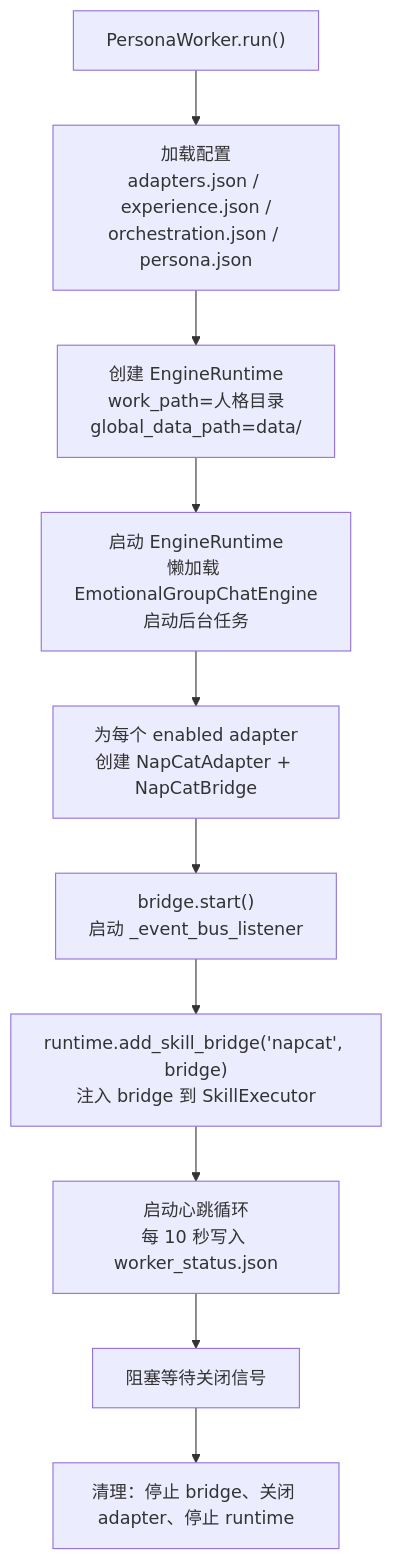
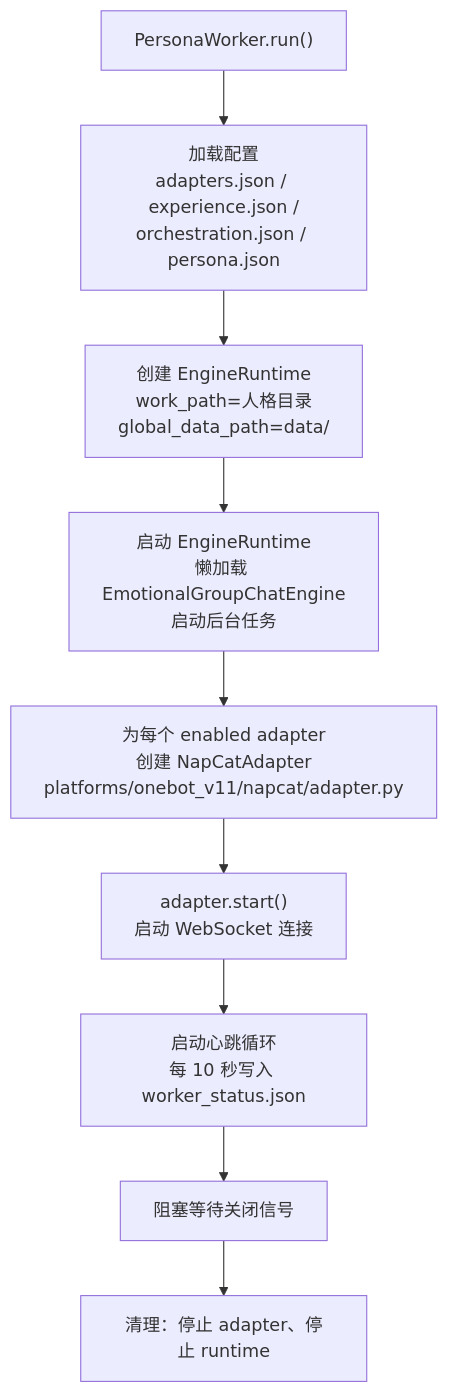
The third of 11 diagrams in docs/full-architecture-flow.md (Sparrived/SiriusPulse), drawn with Mermaid before and after one commit. The commit also changed other lines of this file and 20 other files, not shown here.

````diff
--- a/docs/full-architecture-flow.md
+++ b/docs/full-architecture-flow.md
@@ -120,12 +118,11 @@
 ```mermaid
 flowchart TD
     A["PersonaWorker.run()"] --> B["加载配置<br/>adapters.json / experience.json /<br/>orchestration.json / persona.json"]
     B --> C["创建 EngineRuntime<br/>work_path=人格目录<br/>global_data_path=data/"]
     C --> D["启动 EngineRuntime<br/>懒加载 EmotionalGroupChatEngine<br/>启动后台任务"]
-    D --> E["为每个 enabled adapter<br/>创建 NapCatAdapter + NapCatBridge"]
-    E --> F["bridge.start()<br/>启动 _event_bus_listener"]
-    F --> G["runtime.add_skill_bridge('napcat', bridge)<br/>注入 bridge 到 SkillExecutor"]
-    G --> H["启动心跳循环<br/>每 10 秒写入 worker_status.json"]
-    H --> I["阻塞等待关闭信号"]
-    I --> J["清理：停止 bridge、关闭 adapter、停止 runtime"]
+    D --> E["为每个 enabled adapter<br/>创建 NapCatAdapter<br/>platforms/onebot_v11/napcat/adapter.py"]
+    E --> F["adapter.start()<br/>启动 WebSocket 连接"]
+    F --> G["启动心跳循环<br/>每 10 秒写入 worker_status.json"]
+    G --> H["阻塞等待关闭信号"]
+    H --> I["清理：停止 adapter、停止 runtime"]
 ```
````
